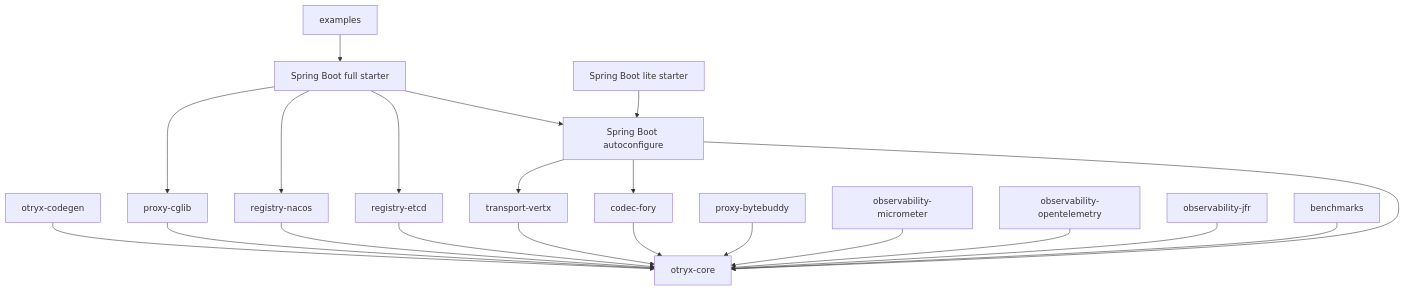
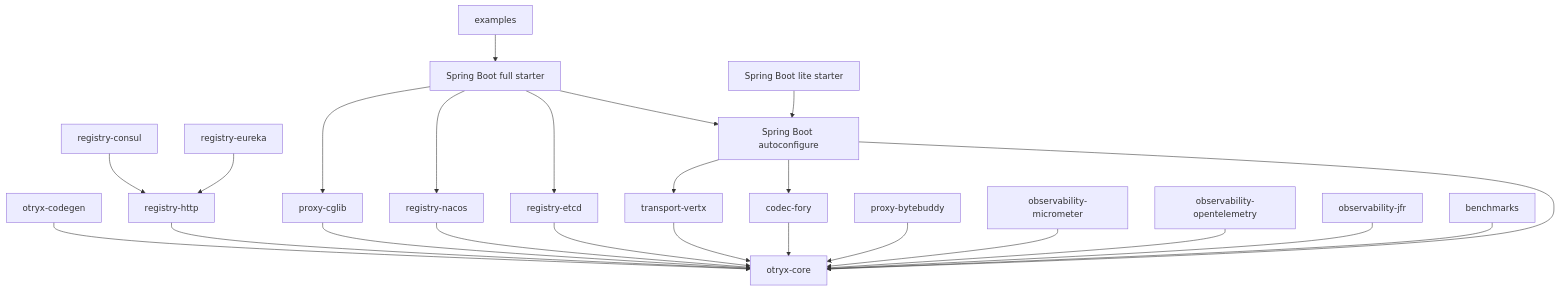
Before and after one commit to Ryan-Guizhou/peach-rpc: the diagram in docs/design/project-structure.md, drawn with Mermaid. The commit also changed other lines of this file and 28 other files, not shown here.

Commit message:
test(docs): cover Consul/Eureka registry contract and configure examples (#72)

````diff
--- a/docs/design/project-structure.md
+++ b/docs/design/project-structure.md
@@ -35,40 +35,46 @@
 ```mermaid
 flowchart TB
     Core[otryx-core]
     Codegen[otryx-codegen]
     Fory[codec-fory]
     Vertx[transport-vertx]
     Etcd[registry-etcd]
     Nacos[registry-nacos]
+    Http[registry-http]
+    Consul[registry-consul]
+    Eureka[registry-eureka]
     Cglib[proxy-cglib]
     ByteBuddy[proxy-bytebuddy]
     Micro[observability-micrometer]
     OTel[observability-opentelemetry]
     Jfr[observability-jfr]
     Auto[Spring Boot autoconfigure]
     Starter[Spring Boot full starter]
     Lite[Spring Boot lite starter]
     Examples[examples]
     Bench[benchmarks]
 
     Codegen --> Core
     Fory --> Core
     Vertx --> Core
     Etcd --> Core
     Nacos --> Core
+    Http --> Core
+    Consul --> Http
+    Eureka --> Http
     Cglib --> Core
     ByteBuddy --> Core
     Micro --> Core
     OTel --> Core
     Jfr --> Core
     Auto --> Core
     Auto --> Fory
     Auto --> Vertx
     Starter --> Auto
     Starter --> Etcd
     Starter --> Nacos
     Starter --> Cglib
     Lite --> Auto
     Examples --> Starter
     Bench --> Core
 ```
````
